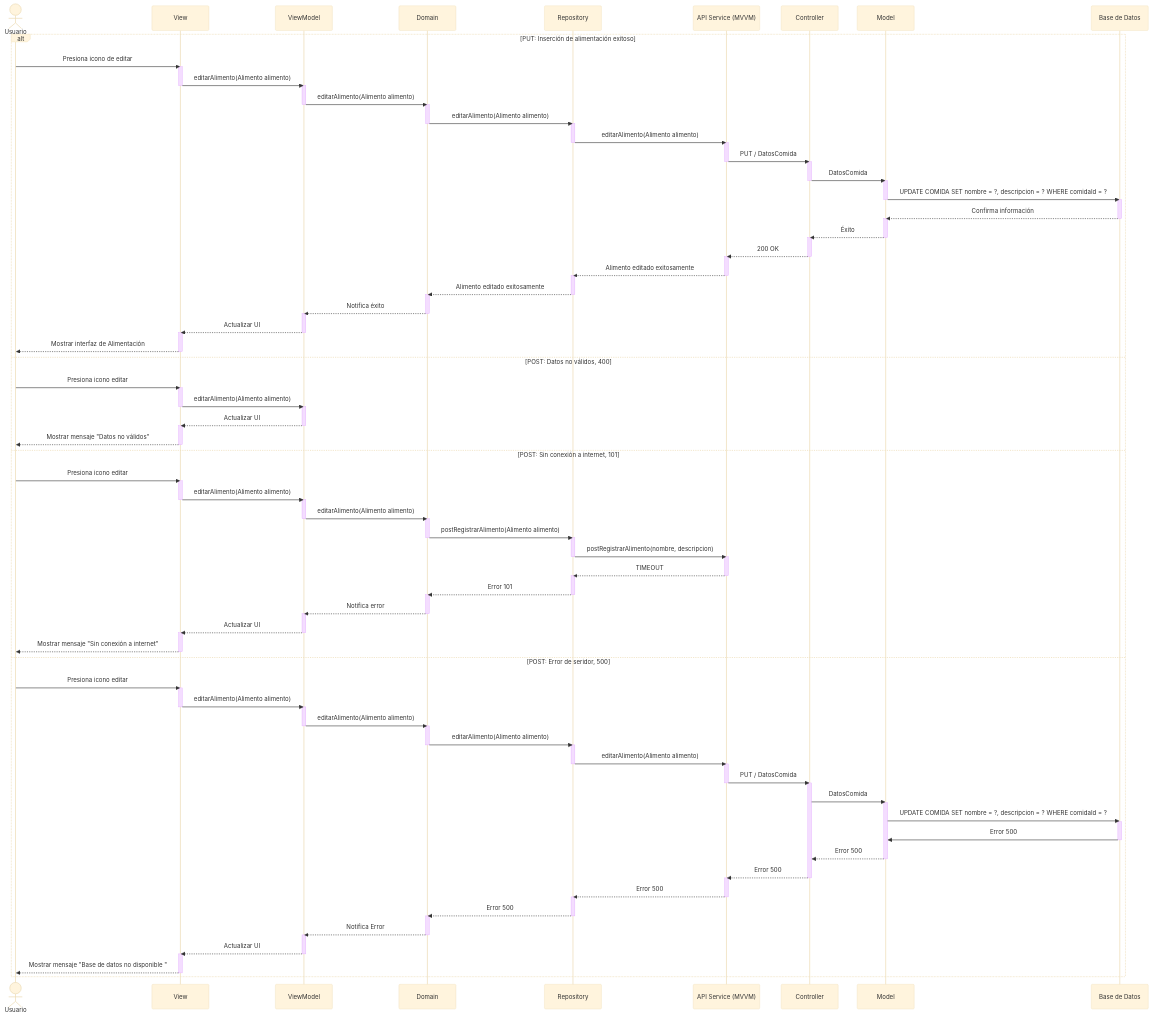
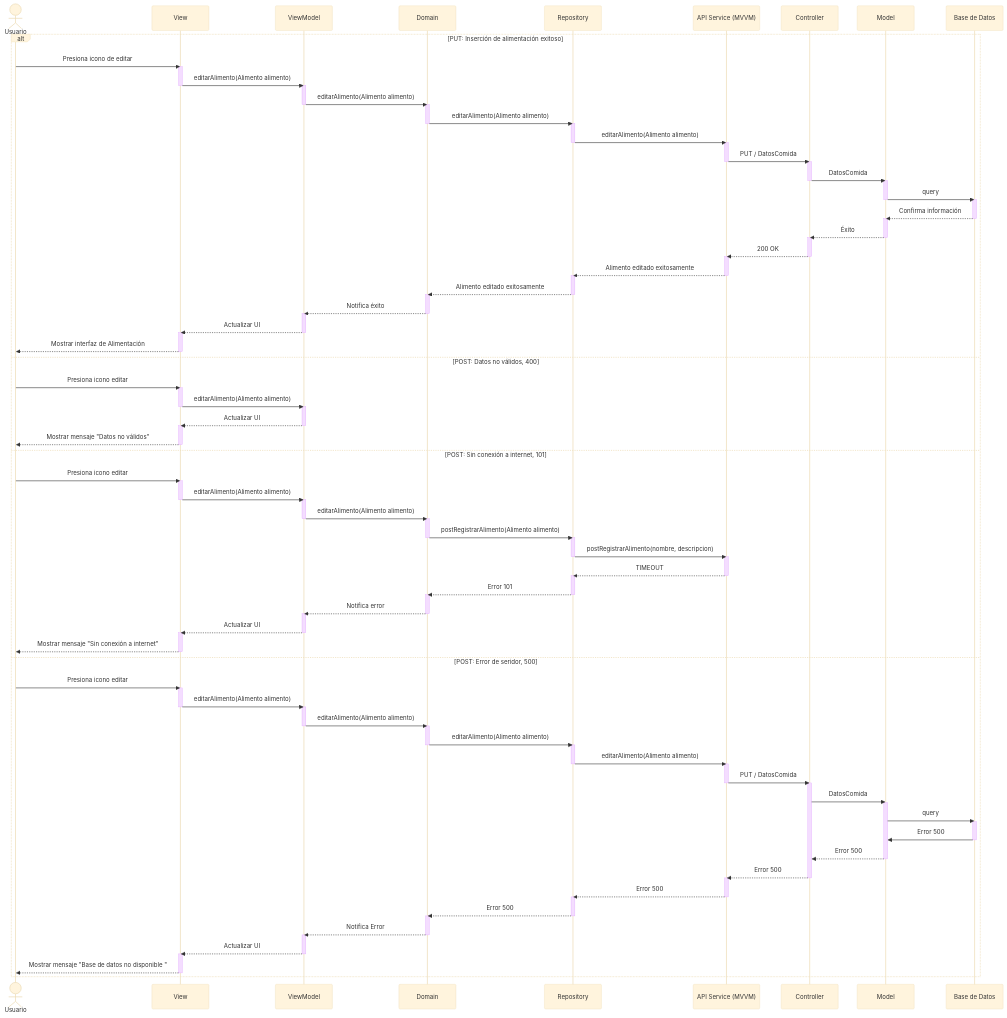
The diagram in documentation/docs/proyectos/larvas/documentacion/requisitos/RF24.md (CodeAnd-Co/Documentacion), drawn with Mermaid (base theme) before and after one commit. The commit also changed other lines of this file and 21 other files, not shown here.

```diff
--- a/documentation/docs/proyectos/larvas/documentacion/requisitos/RF24.md
+++ b/documentation/docs/proyectos/larvas/documentacion/requisitos/RF24.md
@@ -59,7 +57,7 @@
         deactivate Controller
         activate Model
 
-        Model->>Database: UPDATE COMIDA SET nombre = ?, descripcion = ? WHERE comidaId = ?  
+        Model->>Database: query 
         deactivate Model
         activate Database
 
@@ -177,7 +175,7 @@
         
         activate Model
 
-        Model->>Database: UPDATE COMIDA SET nombre = ?, descripcion = ? WHERE comidaId = ?  
+        Model->>Database: query
      
         activate Database
 
```
